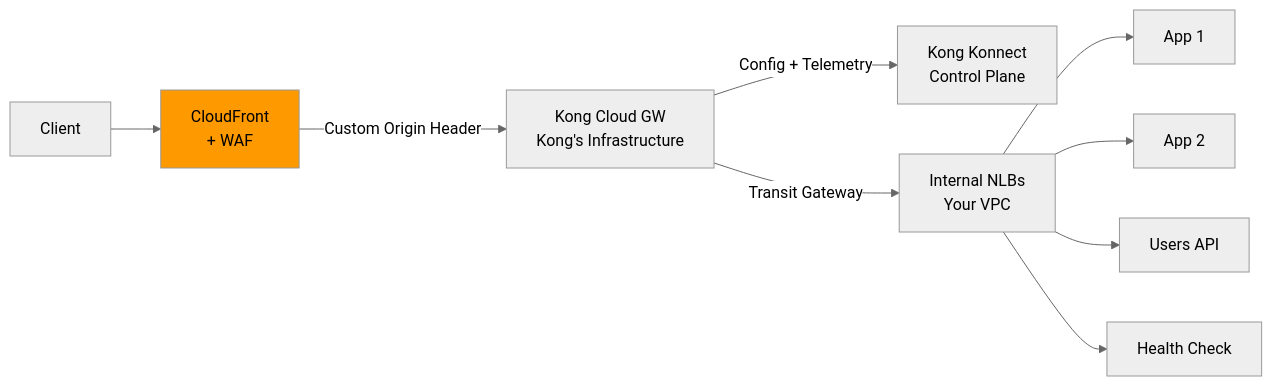
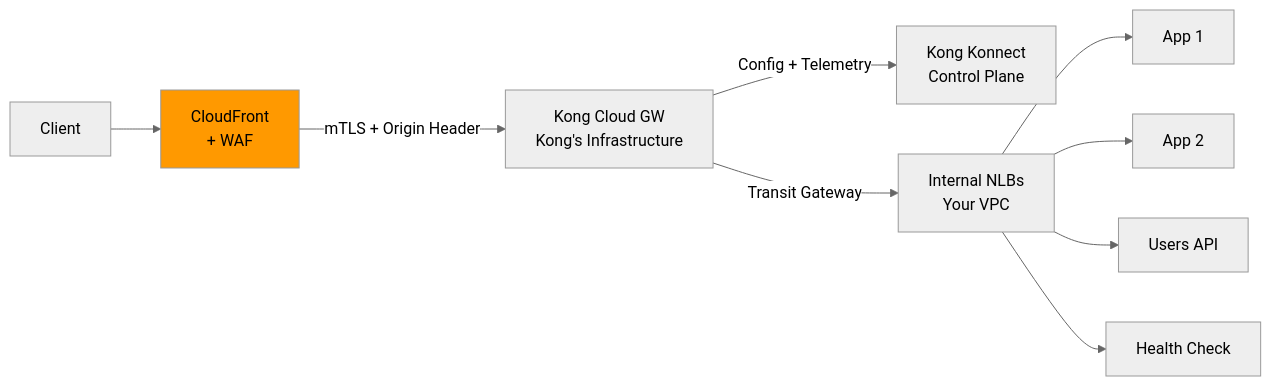
Before and after one commit to shanaka-versent/Kong-Konnect-Cloud-Gateway-on-EKS: the first of 5 diagrams in README.md, drawn with Mermaid (neutral theme). The commit also changed other lines of this file, not shown here.

First line of the commit message:
Update README diagrams and text to reflect mTLS bypass prevention

````diff
--- a/README.md
+++ b/README.md
@@ -33,13 +33,13 @@
 ```mermaid
 graph LR
     Client[Client] --> CF[CloudFront<br/>+ WAF]
-    CF -->|Custom Origin Header| KDP[Kong Cloud GW<br/>Kong's Infrastructure]
+    CF -->|mTLS + Origin Header| KDP[Kong Cloud GW<br/>Kong's Infrastructure]
     KDP -->|Config + Telemetry| KCP[Kong Konnect<br/>Control Plane]
     KDP -->|Transit Gateway| NLB_E[Internal NLBs<br/>Your VPC]
     NLB_E --> App1[App 1]
     NLB_E --> App2[App 2]
     NLB_E --> API[Users API]
     NLB_E --> Health[Health Check]
 
     style CF fill:#ff9900,color:#000
 ```
````
